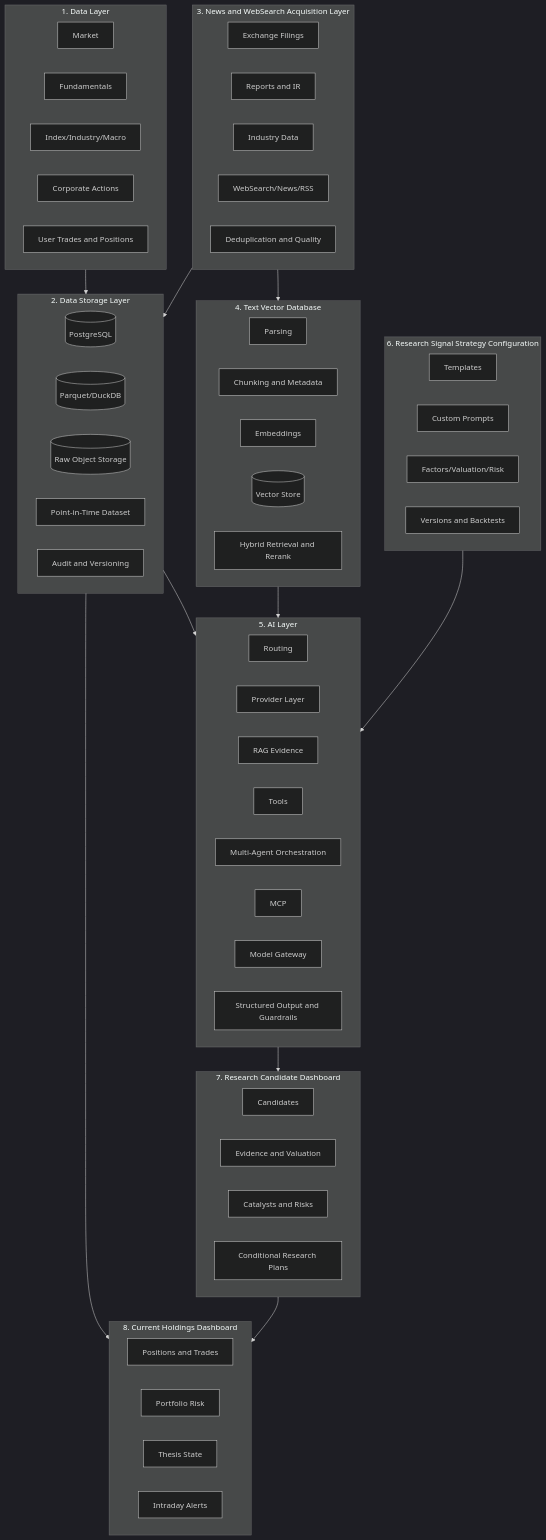
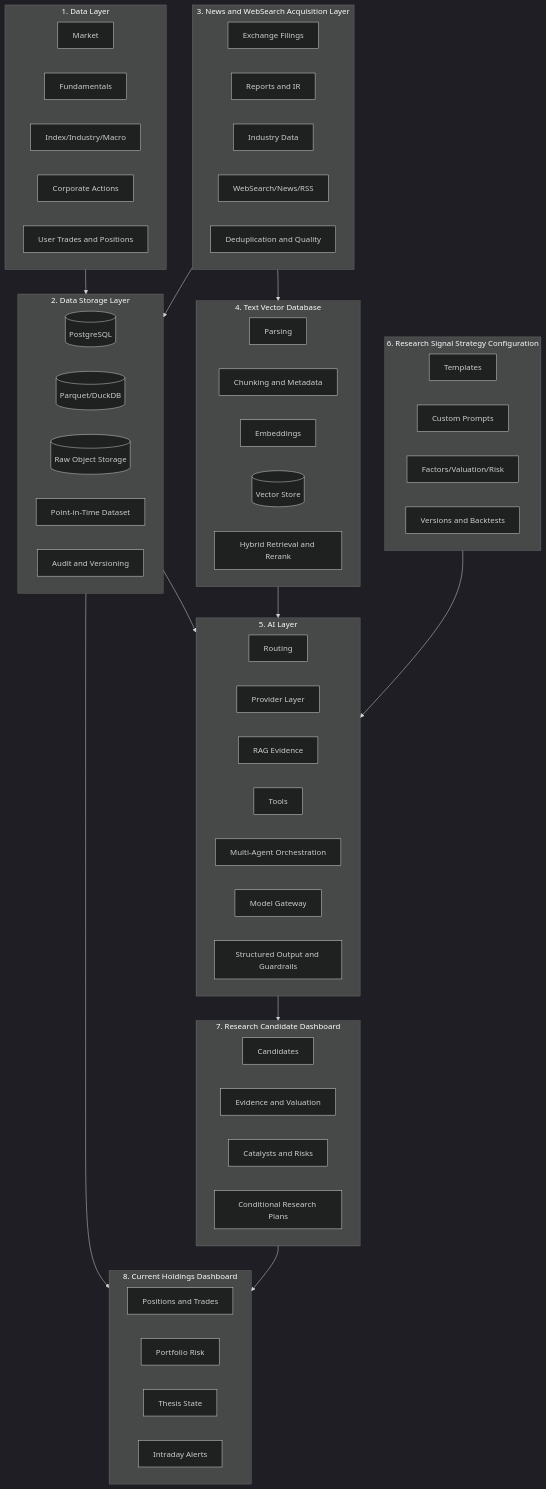
Before and after one commit to RickyW0529/Margin: the first of 20 diagrams in docs/design/v0.1/architecture/Margin_Architecture_Design_v0.1_EN.md, drawn with Mermaid (dark theme). The commit also changed other lines of this file and 64 other files, not shown here.

````diff
--- a/docs/design/v0.1/architecture/Margin_Architecture_Design_v0.1_EN.md
+++ b/docs/design/v0.1/architecture/Margin_Architecture_Design_v0.1_EN.md
@@ -28,76 +28,75 @@
 ```mermaid
 flowchart TB
     subgraph L1[1. Data Layer]
         D1[Market]
         D2[Fundamentals]
         D3[Index/Industry/Macro]
         D4[Corporate Actions]
         D5[User Trades and Positions]
     end
 
     subgraph L2[2. Data Storage Layer]
         S1[(PostgreSQL)]
         S2[(Parquet/DuckDB)]
         S3[(Raw Object Storage)]
         S4[Point-in-Time Dataset]
         S5[Audit and Versioning]
     end
 
     subgraph L3[3. News and WebSearch Acquisition Layer]
         N1[Exchange Filings]
         N2[Reports and IR]
         N3[Industry Data]
         N4[WebSearch/News/RSS]
         N5[Deduplication and Quality]
     end
 
     subgraph L4[4. Text Vector Database]
         V1[Parsing]
         V2[Chunking and Metadata]
         V3[Embeddings]
         V4[(Vector Store)]
         V5[Hybrid Retrieval and Rerank]
     end
 
     subgraph L5[5. AI Layer]
         A1[Routing]
         A2[Provider Layer]
         A3[RAG Evidence]
         A4[Tools]
         A5[Multi-Agent Orchestration]
-        A6[MCP]
         A7[Model Gateway]
         A8[Structured Output and Guardrails]
     end
 
     subgraph L6[6. Research Signal Strategy Configuration]
         C1[Templates]
         C2[Custom Prompts]
         C3[Factors/Valuation/Risk]
         C4[Versions and Backtests]
     end
 
     subgraph L7[7. Research Candidate Dashboard]
         R1[Candidates]
         R2[Evidence and Valuation]
         R3[Catalysts and Risks]
         R4[Conditional Research Plans]
     end
 
     subgraph L8[8. Current Holdings Dashboard]
         P1[Positions and Trades]
         P2[Portfolio Risk]
         P3[Thesis State]
         P4[Intraday Alerts]
     end
 
     L1 --> L2
     L3 --> L2
     L3 --> L4
     L2 --> L5
     L4 --> L5
     L6 --> L5
     L5 --> L7
     L2 --> L8
     L7 --> L8
 ```
````
